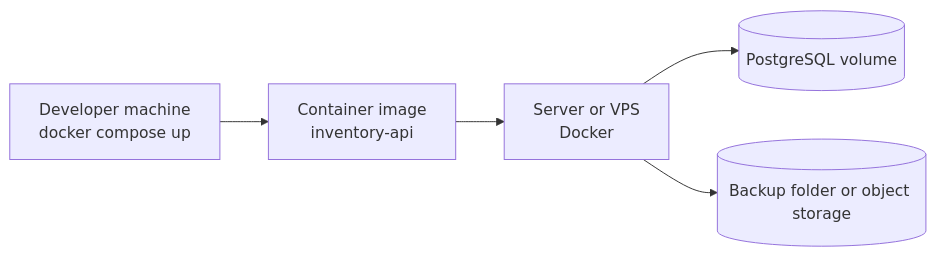
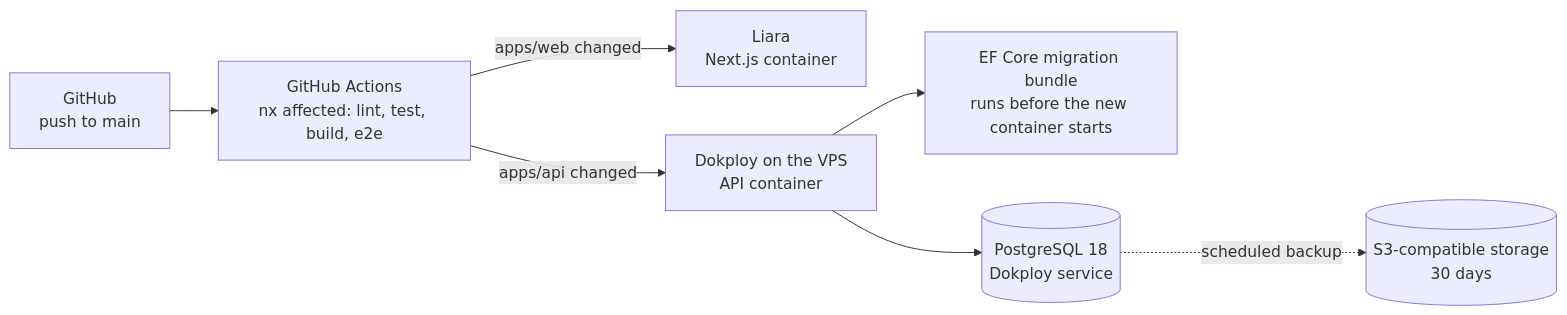
One commit to MahdiMoosavi-dev/Chaayo changed the sixth of 6 diagrams in docs/02-architecture.md. Above: the diagram before and after it, drawn with Mermaid. The commit also changed other lines of this file and 8 other files, not shown here.

First line of the commit message:
docs: adopt Nx + Next.js + Dokploy/Liara stack (ADR-018)

````diff
--- a/docs/02-architecture.md
+++ b/docs/02-architecture.md
@@ -162,7 +228,9 @@
 ```mermaid
 flowchart LR
-    dev["Developer machine<br/>docker compose up"] --> img["Container image<br/>inventory-api"]
-    img --> host["Server or VPS<br/>Docker"]
-    host --> pg[("PostgreSQL volume")]
-    host --> bk[("Backup folder or object storage")]
+    gh["GitHub<br/>push to main"] --> ci["GitHub Actions<br/>nx affected: lint, test, build, e2e"]
+    ci -- "apps/web changed" --> liara["Liara<br/>Next.js container"]
+    ci -- "apps/api changed" --> dok["Dokploy on the VPS<br/>API container"]
+    dok --> mig["EF Core migration bundle<br/>runs before the new container starts"]
+    dok --> pg[("PostgreSQL 18<br/>Dokploy service")]
+    pg -. "scheduled backup" .-> s3[("S3-compatible storage<br/>30 days")]
 ```
````
